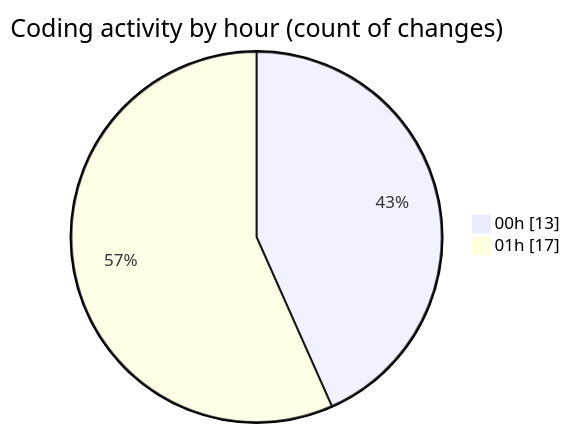
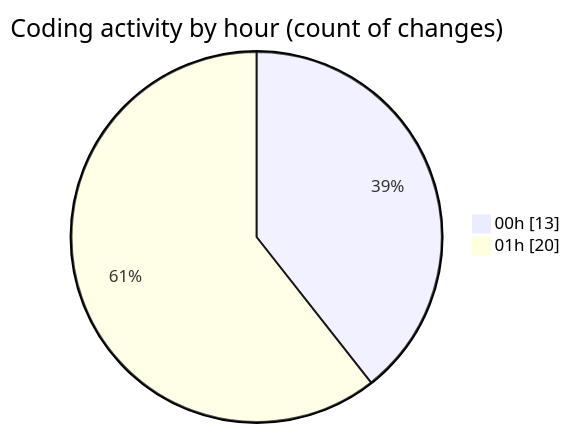
Before and after one commit to lephambinh05/code-tracking: the second of 2 diagrams in 2025-09-09/hiai-phf/README.md, drawn with Mermaid. The commit also changed other lines of this file and 1 other file, not shown here.

````diff
--- a/2025-09-09/hiai-phf/README.md
+++ b/2025-09-09/hiai-phf/README.md
@@ -46,6 +46,6 @@
 ```mermaid
 pie showData
 title Coding activity by hour (count of changes)
 "00h" : 13
-"01h" : 17
+"01h" : 20
 ```
````
